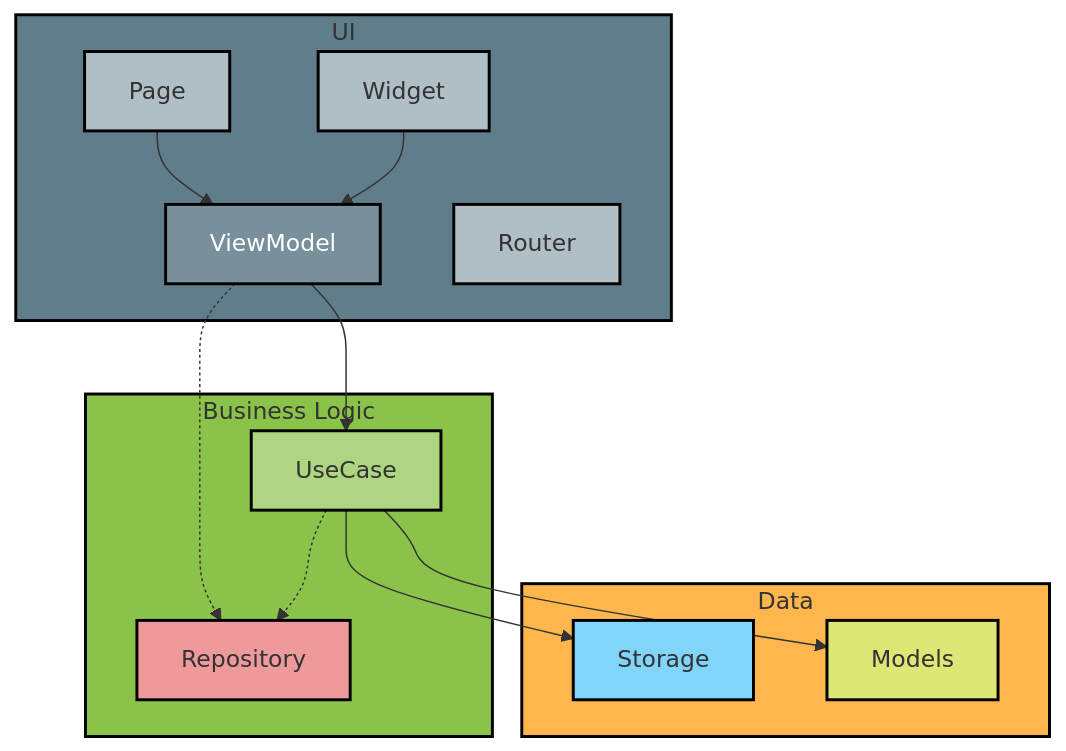
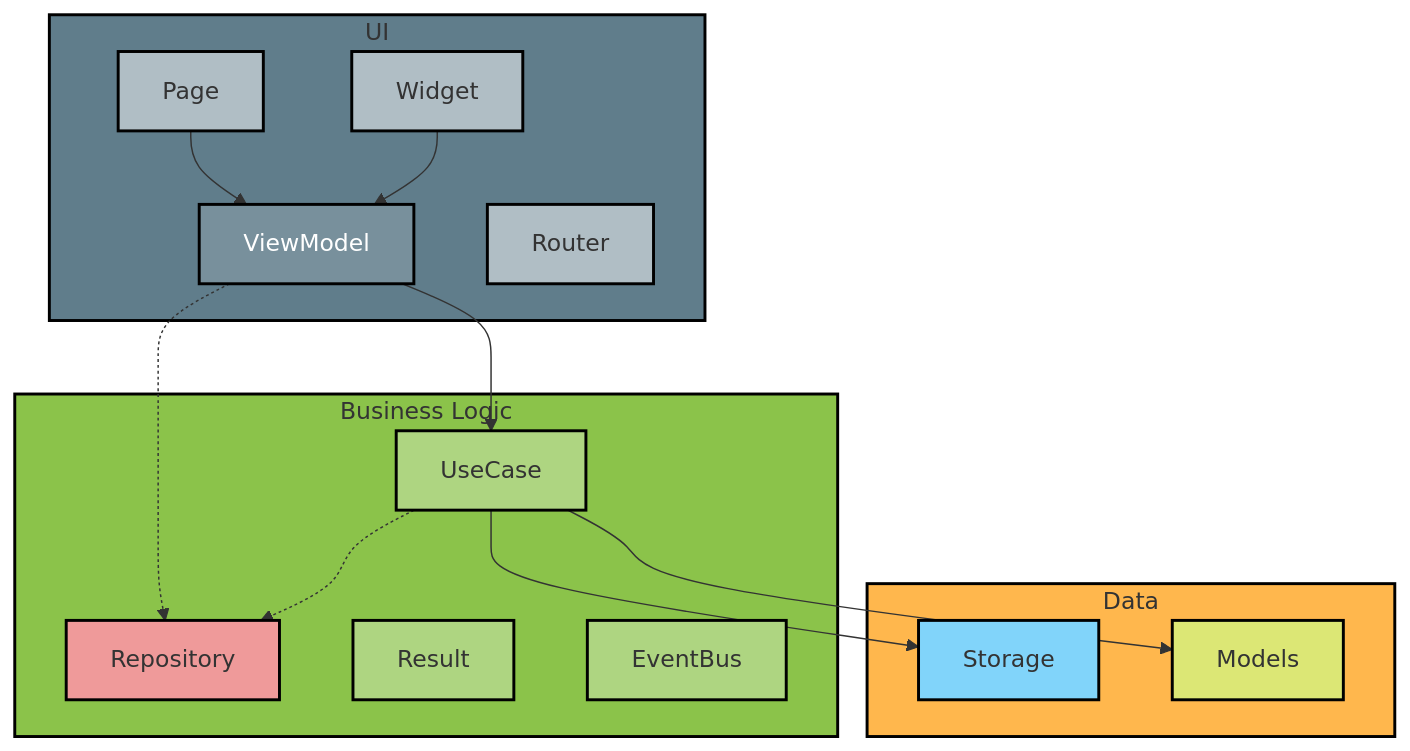
The diagram in README.md (danielgomezrico/Movies-App-Showcase), drawn with Mermaid before and after one commit. The commit also changed other lines of this file, not shown here.

````diff
--- a/README.md
+++ b/README.md
@@ -65,41 +70,43 @@
 ```mermaid
 flowchart TD
     %% Define subgraph colors
     subgraph UI [UI]
         style UI fill:#607d8b,stroke:#000,stroke-width:2px
         Page[Page]:::pageStyle
         Widget[Widget]:::widgetStyle
         ViewModel[ViewModel]:::viewModelStyle
         Router[Router]:::widgetStyle
     end
 
     subgraph BusinessLogic [Business Logic]
         style BusinessLogic fill:#8bc34a,stroke:#000,stroke-width:2px
         Repository[Repository]:::repositoryStyle
         UseCase[UseCase]:::useCaseStyle
+        Result[Result]:::useCaseStyle
+        EventBus[EventBus]:::useCaseStyle
     end
 
     subgraph Data [Data]
         style Data fill:#ffb74d,stroke:#000,stroke-width:2px
         Storage[Storage]:::storageStyle
         Models[Models]:::modelsStyle
     end
 
     %% Define node styles
     classDef pageStyle fill:#b0bec5,stroke:#000,stroke-width:2px;
     classDef widgetStyle fill:#b0bec5,stroke:#000,stroke-width:2px;
     classDef viewModelStyle fill:#78909c,stroke:#000,stroke-width:2px,color:#fff;
     classDef useCaseStyle fill:#aed581,stroke:#000,stroke-width:2px;
     classDef storageStyle fill:#81d4fa,stroke:#000,stroke-width:2px;
     classDef modelsStyle fill:#dce775,stroke:#000,stroke-width:2px;
     classDef repositoryStyle fill:#ef9a9a,stroke:#000,stroke-width:2px;
 
     %% Define connections
     Page --> ViewModel
     Widget --> ViewModel
     ViewModel --> UseCase
     ViewModel -.-> Repository
     UseCase --> Storage
     UseCase --> Models
     UseCase -.-> Repository
 ```
````
